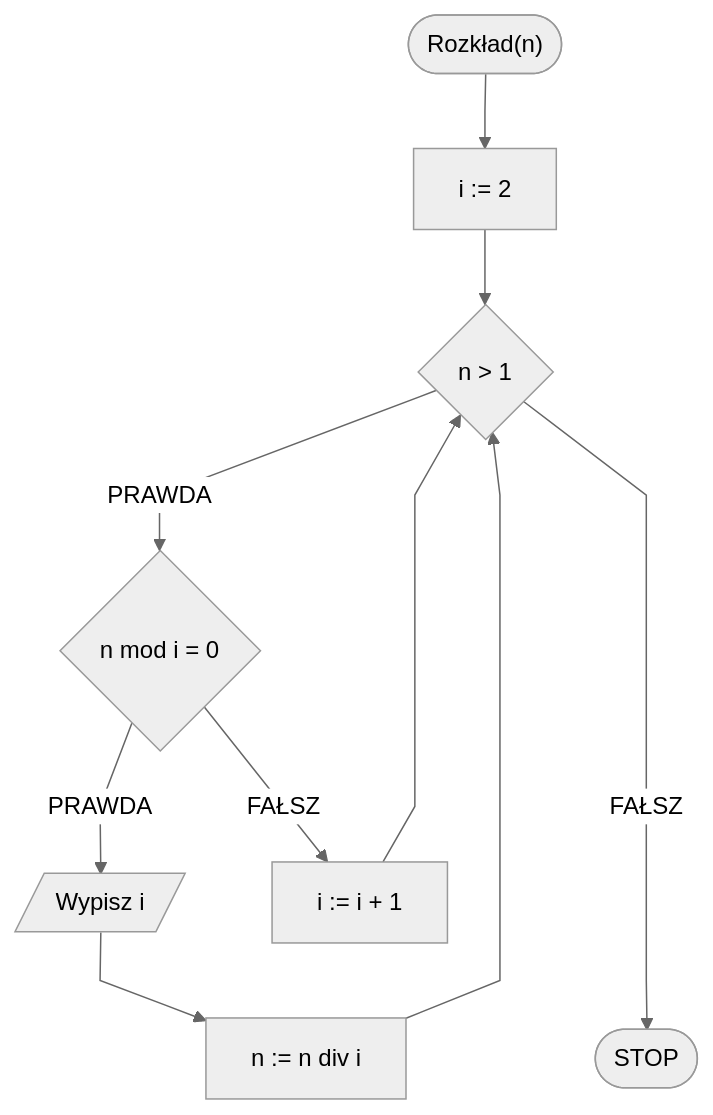
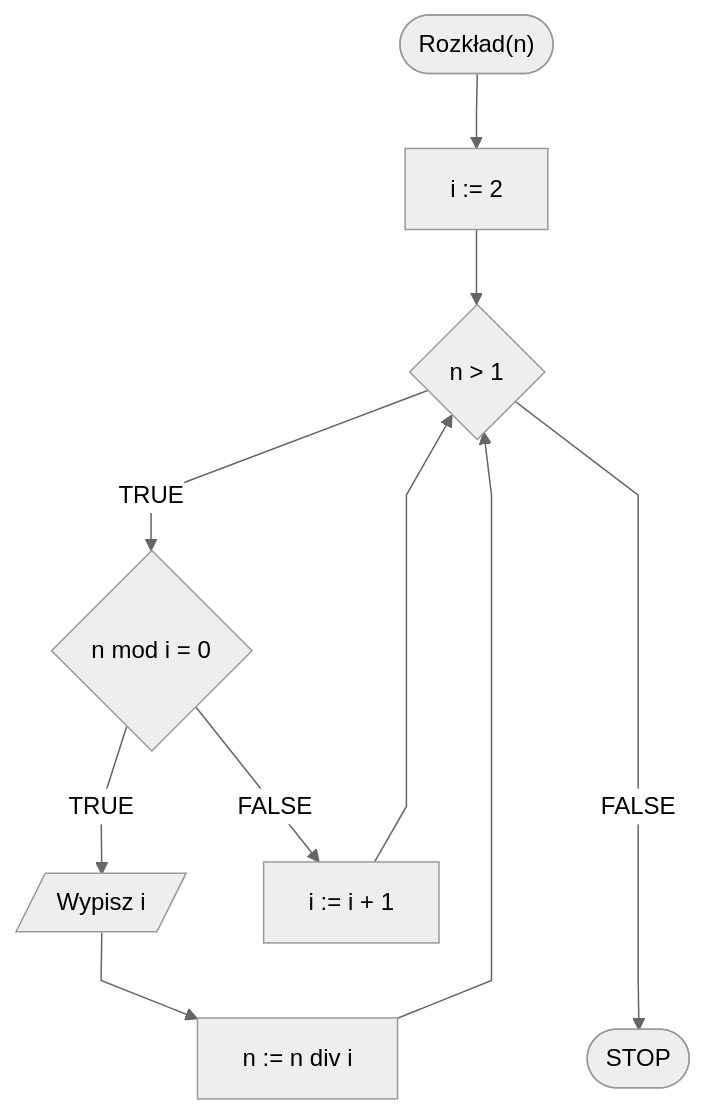
One commit to blackbat13/edu-cs-htiew-en changed the diagram in docs/algorithms/integers/prime-factors.md. Above: the diagram before and after it, drawn with Mermaid. The commit also changed other lines of this file and 682 other files, not shown here.

````diff
--- a/docs/algorithms/integers/prime-factors.md
+++ b/docs/algorithms/integers/prime-factors.md
@@ -49,13 +49,13 @@
 ```mermaid
 %%{init: {"flowchart": {"curve": "linear"}, "theme": "neutral"} }%%
 flowchart TD
 	START(["Rozkład(n)"]) --> K1[i := 2]
 	K1 --> K2{n > 1}
-	K2 -- PRAWDA --> K3{n mod i = 0}
-	K3 -- PRAWDA --> K4[/Wypisz i/]
+	K2 -- TRUE --> K3{n mod i = 0}
+	K3 -- TRUE --> K4[/Wypisz i/]
 	K4 --> K5[n := n div i]
 	K5 --> K2
-	K3 -- FAŁSZ --> K7[i := i + 1]
+	K3 -- FALSE --> K7[i := i + 1]
 	K7 --> K2
-	K2 -- FAŁSZ ----> STOP([STOP])
+	K2 -- FALSE ----> STOP([STOP])
 ```
````
